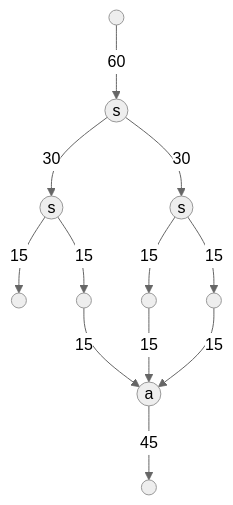
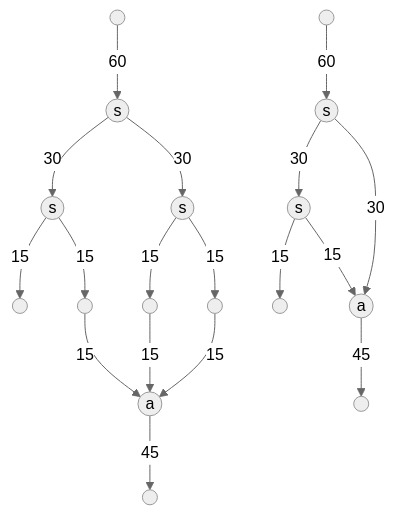
One commit to Prisheletss/Satisfactory-calculator-unofficial- changed the seventh of 10 diagrams in конвейеры.md. Above: the diagram before and after it, drawn with Mermaid (neutral theme). The commit also changed other lines of this file and 8 other files, not shown here.

````diff
--- a/конвейеры.md
+++ b/конвейеры.md
@@ -308,25 +307,39 @@
 ```mermaid
 graph TD;
     1(( ))
     2((s))
     3((s))
     4((s))
     5(( ))
     6(( ))
     7(( ))
     8(( ))
     9((a))
     10(( ))
-
     1-->|60|2;
     2-->|30|3;
     2-->|30|4;
     3-->|15|5;
     3-->|15|7;
     4-->|15|6;
     4-->|15|8;
     6-->|15|9;
     7-->|15|9;
     8-->|15|9;
     9-->|45|10;
+  
+
+
+    21(( ))
+    22((s))
+    23((s))
+    25(( ))
+    26(( ))
+    27((a))
+    21-->|60|22;
+    22-->|30|23;
+    22-->|30|27;
+    23-->|15|25;
+    23-->|15|27;
+    27-->|45|26;
 ```
````
